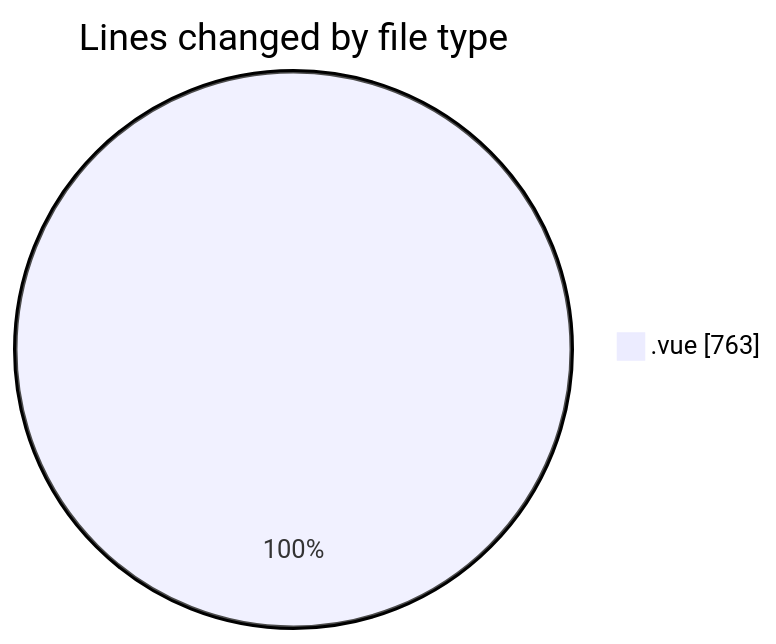
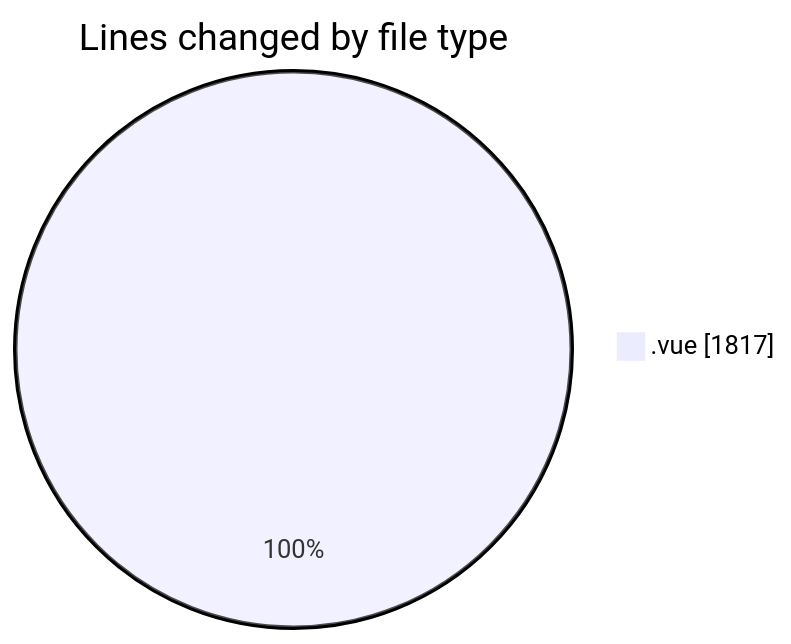
The first of 2 diagrams in 2025-03-14/lumine-web/README.md (robertbonfada/code-tracking), drawn with Mermaid before and after one commit. The commit also changed other lines of this file and 1 other file, not shown here.

````diff
--- a/2025-03-14/lumine-web/README.md
+++ b/2025-03-14/lumine-web/README.md
@@ -23,5 +24,5 @@
 ```mermaid
 pie showData
 title Lines changed by file type
-".vue" : 763
+".vue" : 1817
 ```
````
